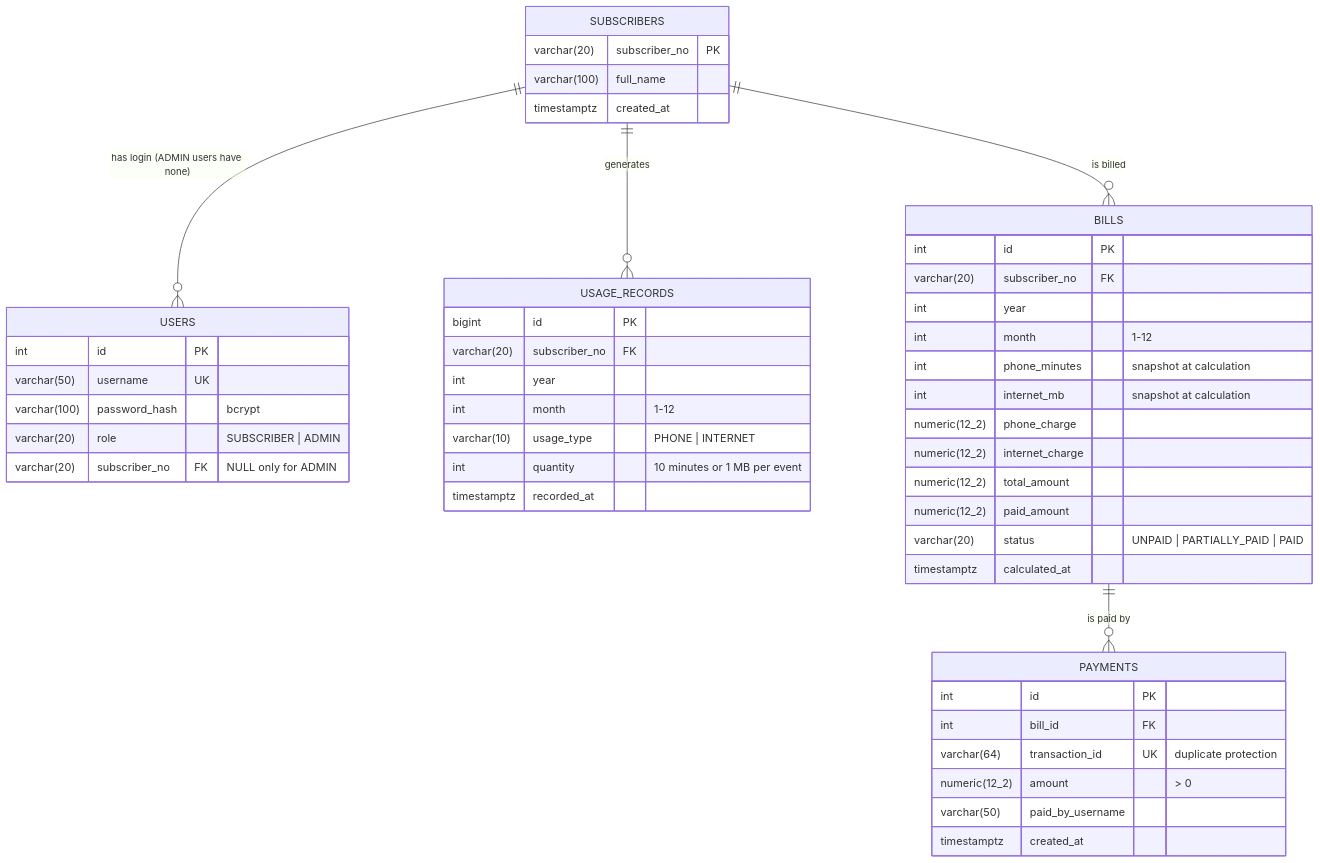
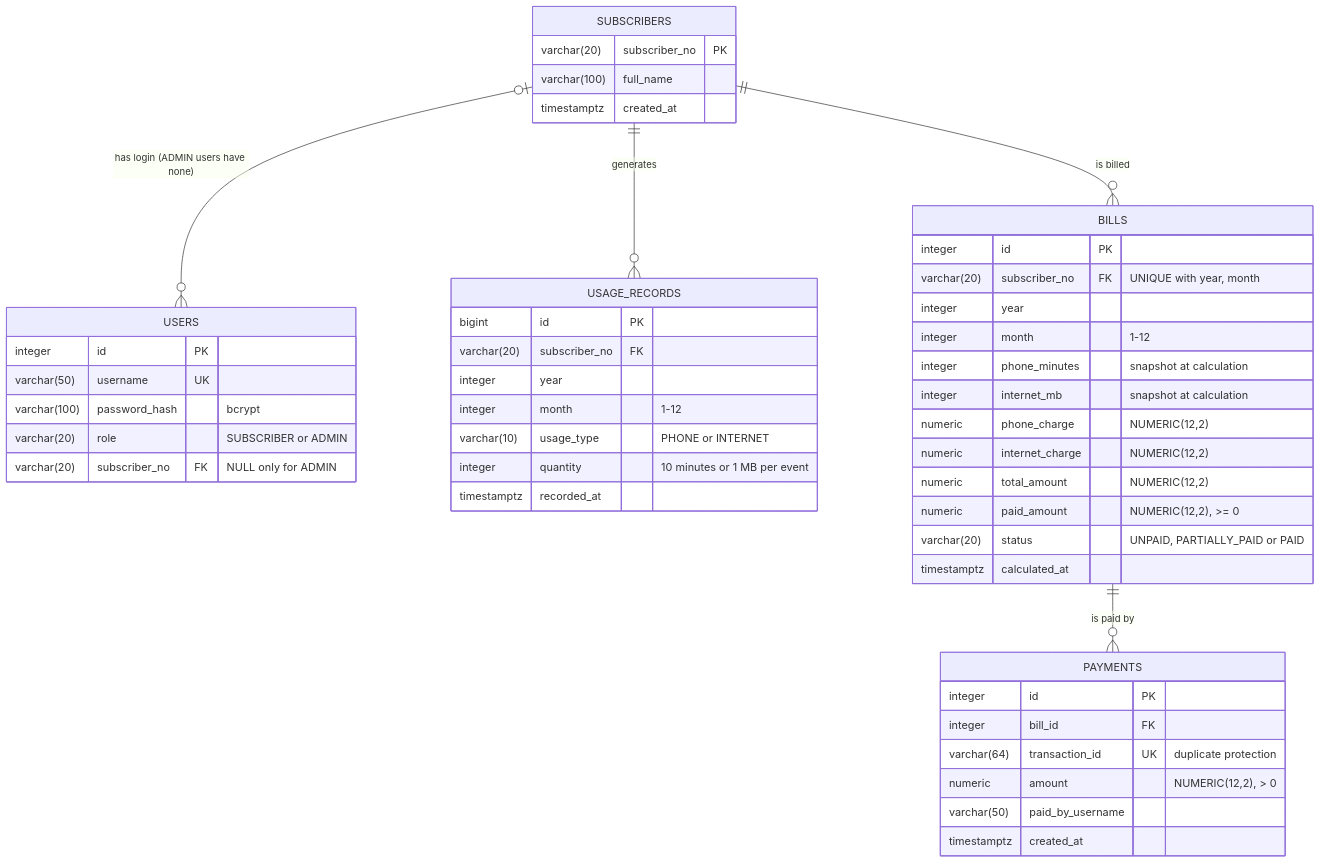
The diagram in docs/er-diagram.md (deensza/se4458-billing-assistant), drawn with Mermaid before and after one commit. The commit also changed other lines of this file and 4 other files, not shown here.

Commit message:
Align diagrams with the assignment and the database schema

````diff
--- a/docs/er-diagram.md
+++ b/docs/er-diagram.md
@@ -3,51 +5,51 @@
 ```mermaid
 erDiagram
-    SUBSCRIBERS ||--o{ USERS : "has login (ADMIN users have none)"
+    SUBSCRIBERS |o--o{ USERS : "has login (ADMIN users have none)"
     SUBSCRIBERS ||--o{ USAGE_RECORDS : "generates"
     SUBSCRIBERS ||--o{ BILLS : "is billed"
     BILLS ||--o{ PAYMENTS : "is paid by"
 
     SUBSCRIBERS {
         varchar(20) subscriber_no PK
         varchar(100) full_name
         timestamptz created_at
     }
     USERS {
-        int id PK
+        integer id PK
         varchar(50) username UK
         varchar(100) password_hash "bcrypt"
-        varchar(20) role "SUBSCRIBER | ADMIN"
+        varchar(20) role "SUBSCRIBER or ADMIN"
         varchar(20) subscriber_no FK "NULL only for ADMIN"
     }
     USAGE_RECORDS {
         bigint id PK
         varchar(20) subscriber_no FK
-        int year
-        int month "1-12"
-        varchar(10) usage_type "PHONE | INTERNET"
-        int quantity "10 minutes or 1 MB per event"
+        integer year
+        integer month "1-12"
+        varchar(10) usage_type "PHONE or INTERNET"
+        integer quantity "10 minutes or 1 MB per event"
         timestamptz recorded_at
     }
     BILLS {
-        int id PK
-        varchar(20) subscriber_no FK
-        int year
-        int month "1-12"
-        int phone_minutes "snapshot at calculation"
-        int internet_mb "snapshot at calculation"
-        numeric(12_2) phone_charge
-        numeric(12_2) internet_charge
-        numeric(12_2) total_amount
-        numeric(12_2) paid_amount
-        varchar(20) status "UNPAID | PARTIALLY_PAID | PAID"
+        integer id PK
+        varchar(20) subscriber_no FK "UNIQUE with year, month"
+        integer year
+        integer month "1-12"
+        integer phone_minutes "snapshot at calculation"
+        integer internet_mb "snapshot at calculation"
+        numeric phone_charge "NUMERIC(12,2)"
+        numeric internet_charge "NUMERIC(12,2)"
+        numeric total_amount "NUMERIC(12,2)"
+        numeric paid_amount "NUMERIC(12,2), >= 0"
+        varchar(20) status "UNPAID, PARTIALLY_PAID or PAID"
         timestamptz calculated_at
     }
     PAYMENTS {
-        int id PK
-        int bill_id FK
+        integer id PK
+        integer bill_id FK
         varchar(64) transaction_id UK "duplicate protection"
-        numeric(12_2) amount "> 0"
+        numeric amount "NUMERIC(12,2), > 0"
         varchar(50) paid_by_username
         timestamptz created_at
     }
 ```
````
